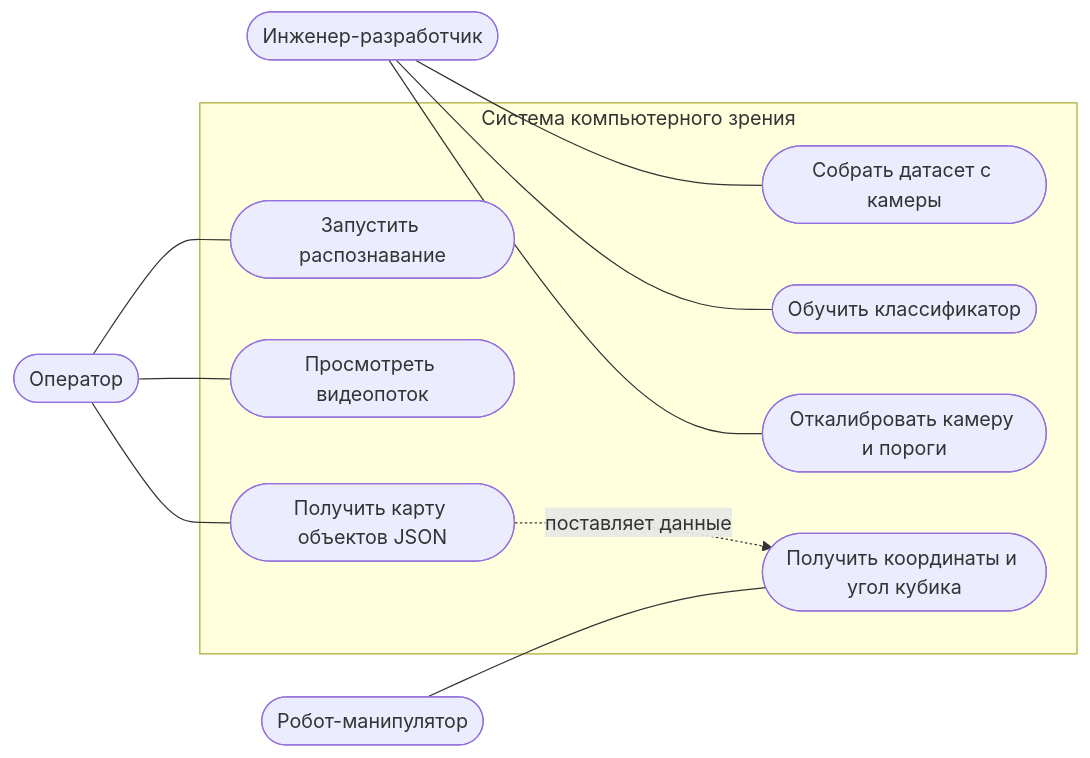
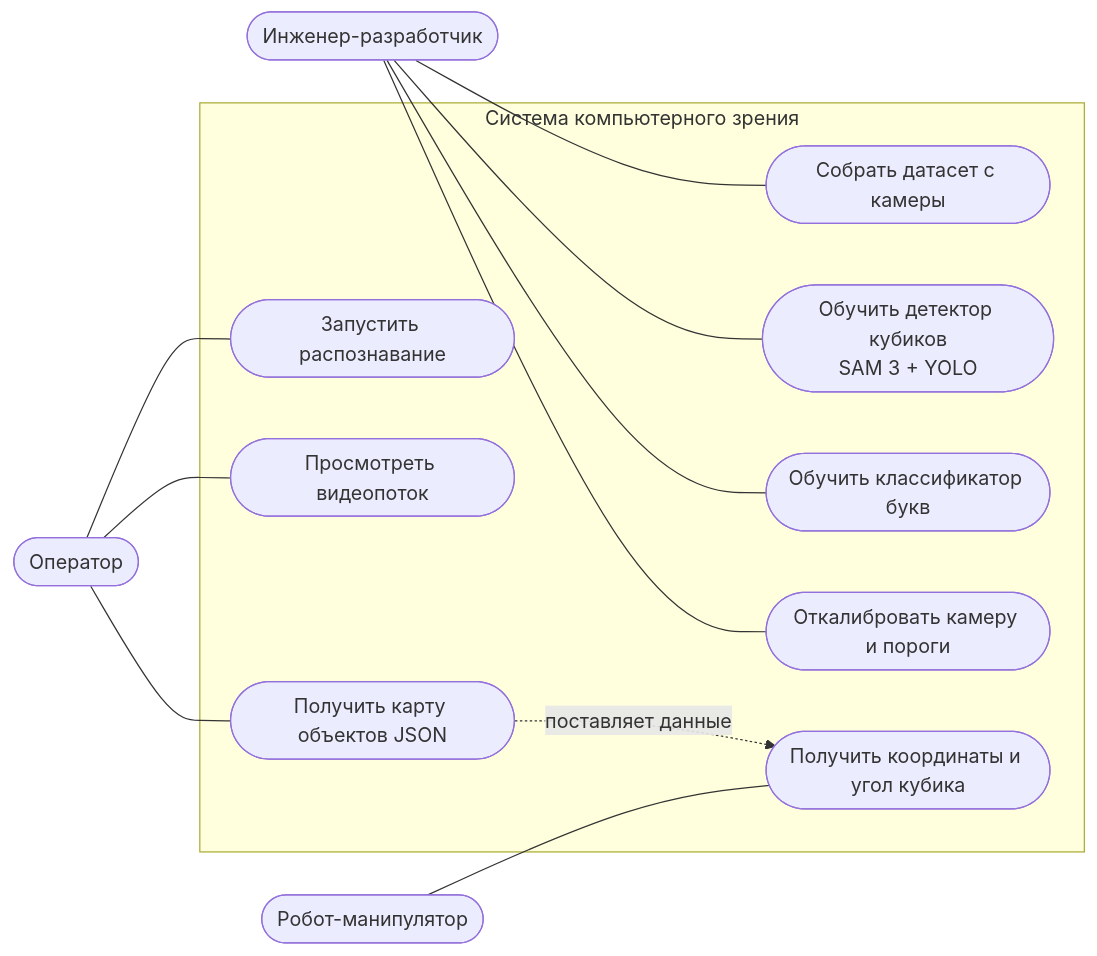
The ninth of 11 diagrams in docs/diagrams.md (Pazlik19/YoloVision), drawn with Mermaid before and after one commit. The commit also changed other lines of this file and 1 other file, not shown here.

First line of the commit message:
docs: добавлен пайплайн обучения YOLO-детектора в диаграммы

````diff
--- a/docs/diagrams.md
+++ b/docs/diagrams.md
@@ -258,25 +282,27 @@
 ```mermaid
 flowchart LR
     OP([Оператор])
     DEV([Инженер-разработчик])
     ROB([Робот-манипулятор])
 
     subgraph SYS["Система компьютерного зрения"]
         U1(["Запустить распознавание"])
         U2(["Просмотреть видеопоток"])
         U3(["Получить карту объектов JSON"])
         U4(["Собрать датасет с камеры"])
-        U5(["Обучить классификатор"])
-        U6(["Откалибровать камеру и пороги"])
-        U7(["Получить координаты и угол кубика"])
+        U5(["Обучить детектор кубиков<br/>SAM 3 + YOLO"])
+        U6(["Обучить классификатор букв"])
+        U7(["Откалибровать камеру и пороги"])
+        U8(["Получить координаты и угол кубика"])
     end
 
     OP --- U1
     OP --- U2
     OP --- U3
     DEV --- U4
     DEV --- U5
     DEV --- U6
-    ROB --- U7
-    U3 -.поставляет данные.-> U7
+    DEV --- U7
+    ROB --- U8
+    U3 -.поставляет данные.-> U8
 ```
````
